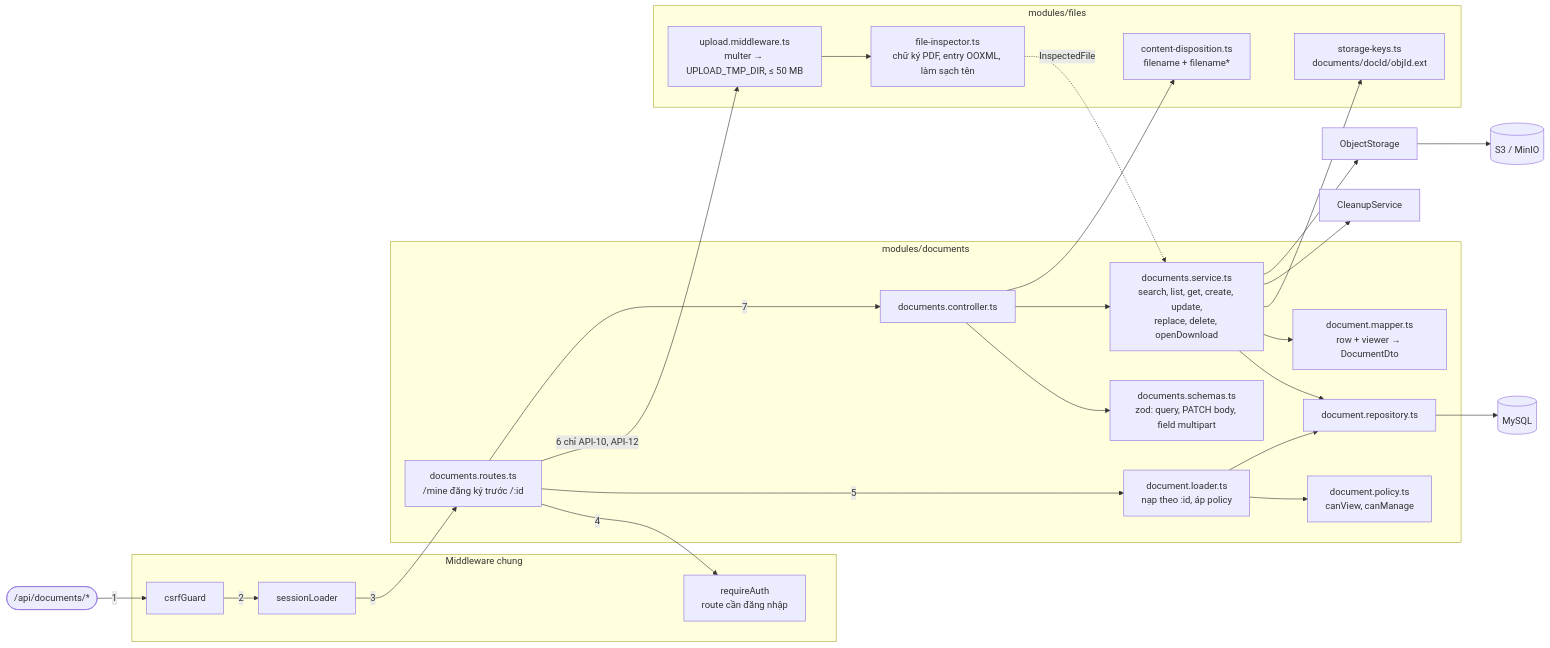
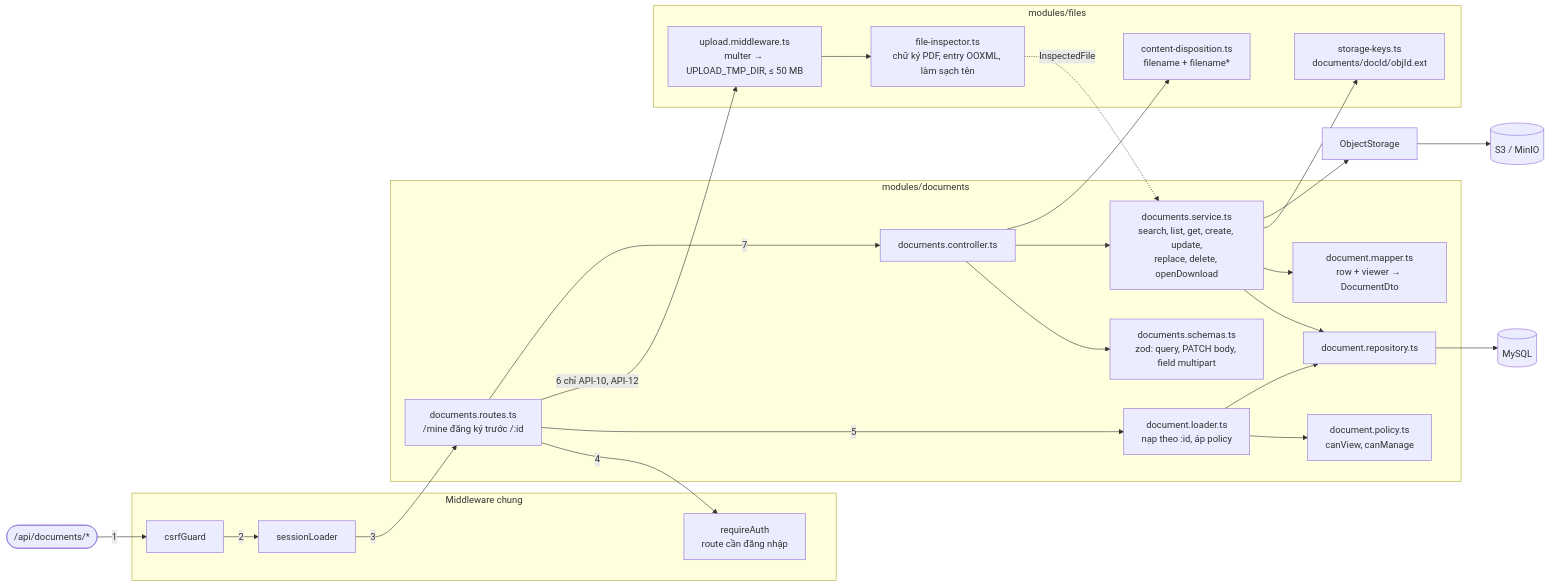
One commit to august0362/btl_cloud changed the eighth of 38 diagrams in docs/ARCHITECTURE.md. Above: the diagram before and after it, drawn with Mermaid. The commit also changed other lines of this file and 1 other file, not shown here.

````diff
--- a/docs/ARCHITECTURE.md
+++ b/docs/ARCHITECTURE.md
@@ -387,48 +377,46 @@
 ```mermaid
 flowchart LR
   req(["/api/documents/*"])
   subgraph mw["Middleware chung"]
     csrf["csrfGuard"]
     sess["sessionLoader"]
     rauth["requireAuth<br/>route cần đăng nhập"]
   end
   subgraph docmod["modules/documents"]
     droutes["documents.routes.ts<br/>/mine đăng ký trước /:id"]
     loader["document.loader.ts<br/>nạp theo :id, áp policy"]
     policy["document.policy.ts<br/>canView, canManage"]
     dctrl["documents.controller.ts"]
     dschema["documents.schemas.ts<br/>zod: query, PATCH body, field multipart"]
     dsvc["documents.service.ts<br/>search, list, get, create, update,<br/>replace, delete, openDownload"]
     drepo["document.repository.ts"]
     dmap["document.mapper.ts<br/>row + viewer → DocumentDto"]
   end
   subgraph filesmod["modules/files"]
     upl["upload.middleware.ts<br/>multer → UPLOAD_TMP_DIR, ≤ 50 MB"]
     insp["file-inspector.ts<br/>chữ ký PDF, entry OOXML, làm sạch tên"]
     keys["storage-keys.ts<br/>documents/docId/objId.ext"]
     cdisp["content-disposition.ts<br/>filename + filename*"]
   end
-  cleanup["CleanupService"]
   storage["ObjectStorage"]
   db[("MySQL")]
   s3[("S3 / MinIO")]
   req -->|"1"| csrf -->|"2"| sess -->|"3"| droutes
   droutes -->|"4"| rauth
   droutes -->|"5"| loader
   loader --> policy
   loader --> drepo
   droutes -->|"6 chỉ API-10, API-12"| upl
   upl --> insp
   droutes -->|"7"| dctrl
   dctrl --> dschema
   dctrl --> dsvc
   dctrl --> cdisp
   insp -.->|"InspectedFile"| dsvc
   dsvc --> drepo
   dsvc --> dmap
   dsvc --> keys
-  dsvc --> cleanup
   dsvc --> storage
   drepo --> db
   storage --> s3
 ```
````
